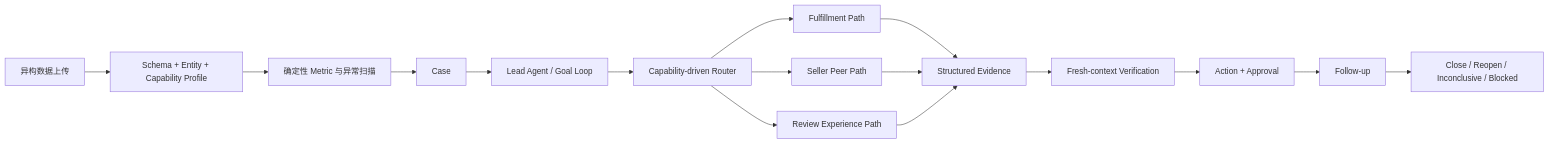
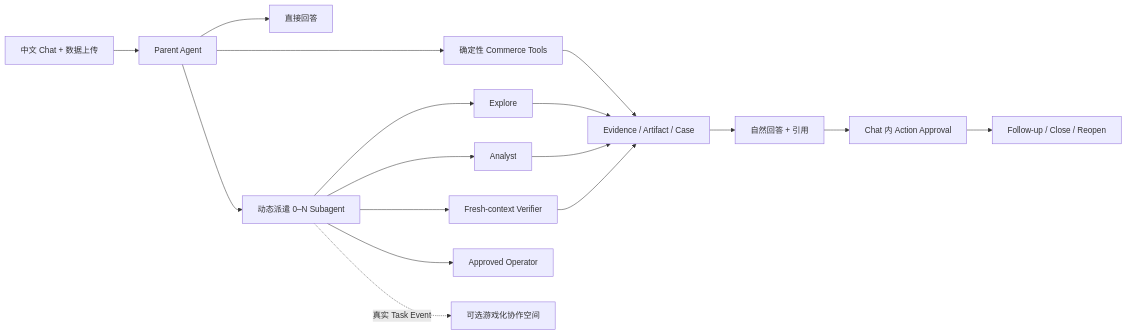
Before and after one commit to CheungkiCheung/EcomLaunch-Agent: the diagram in README.md, drawn with Mermaid. The commit also changed other lines of this file and 493 other files, not shown here.

Commit message:
chore: archive commerce case agent prototype

````diff
--- a/README.md
+++ b/README.md
@@ -115,18 +180,19 @@
 ```mermaid
 flowchart LR
-  Upload["异构数据上传"] --> Profile["Schema + Entity + Capability Profile"]
-  Profile --> Metrics["确定性 Metric 与异常扫描"]
-  Metrics --> Case["Case"]
-  Case --> Lead["Lead Agent / Goal Loop"]
-  Lead --> Router["Capability-driven Router"]
-  Router --> Fulfillment["Fulfillment Path"]
-  Router --> Peer["Seller Peer Path"]
-  Router --> Review["Review Experience Path"]
-  Fulfillment --> Evidence["Structured Evidence"]
-  Peer --> Evidence
-  Review --> Evidence
-  Evidence --> Verify["Fresh-context Verification"]
-  Verify --> Action["Action + Approval"]
-  Action --> Followup["Follow-up"]
-  Followup --> Outcome["Close / Reopen / Inconclusive / Blocked"]
+  Chat["中文 Chat + 数据上传"] --> Parent["Parent Agent"]
+  Parent --> Direct["直接回答"]
+  Parent --> Tools["确定性 Commerce Tools"]
+  Parent --> Tasks["动态派遣 0–N Subagent"]
+  Tasks --> Explore["Explore"]
+  Tasks --> Analyst["Analyst"]
+  Tasks --> Verify["Fresh-context Verifier"]
+  Tasks --> Operator["Approved Operator"]
+  Tools --> Evidence["Evidence / Artifact / Case"]
+  Explore --> Evidence
+  Analyst --> Evidence
+  Verify --> Evidence
+  Evidence --> Answer["自然回答 + 引用"]
+  Answer --> Action["Chat 内 Action Approval"]
+  Action --> Followup["Follow-up / Close / Reopen"]
+  Tasks -.真实 Task Event.-> Studio["可选游戏化协作空间"]
 ```
````
